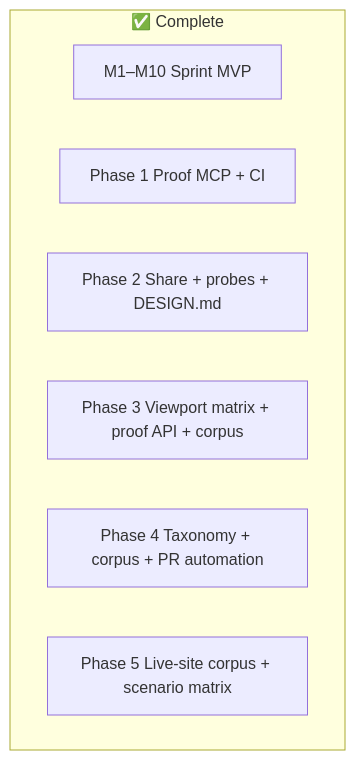
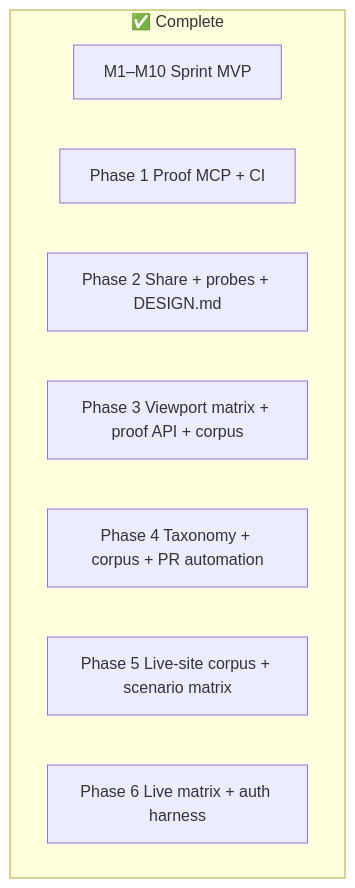
One commit to ashishpatill/tell-proof changed the diagram in PLAN.md. Above: the diagram before and after it, drawn with Mermaid. The commit also changed other lines of this file, not shown here.

Commit message:
docs: close Phase 6 live matrix and auth harness checklist

````diff
--- a/PLAN.md
+++ b/PLAN.md
@@ -14,11 +14,12 @@
 ```mermaid
 flowchart TB
   subgraph done["✅ Complete"]
     M1[M1–M10 Sprint MVP]
     P1[Phase 1 Proof MCP + CI]
     P2[Phase 2 Share + probes + DESIGN.md]
     P3[Phase 3 Viewport matrix + proof API + corpus]
     P4[Phase 4 Taxonomy + corpus + PR automation]
     P5[Phase 5 Live-site corpus + scenario matrix]
+    P6[Phase 6 Live matrix + auth harness]
   end
 ```
````
